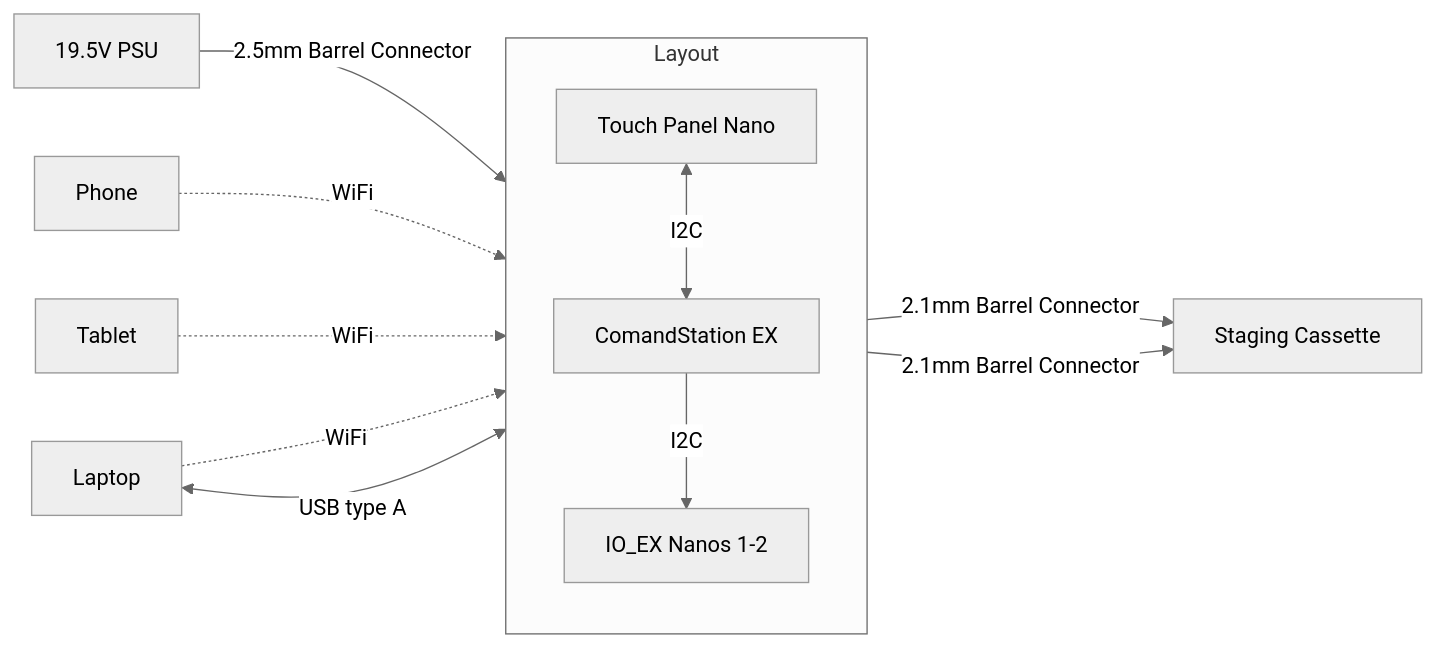
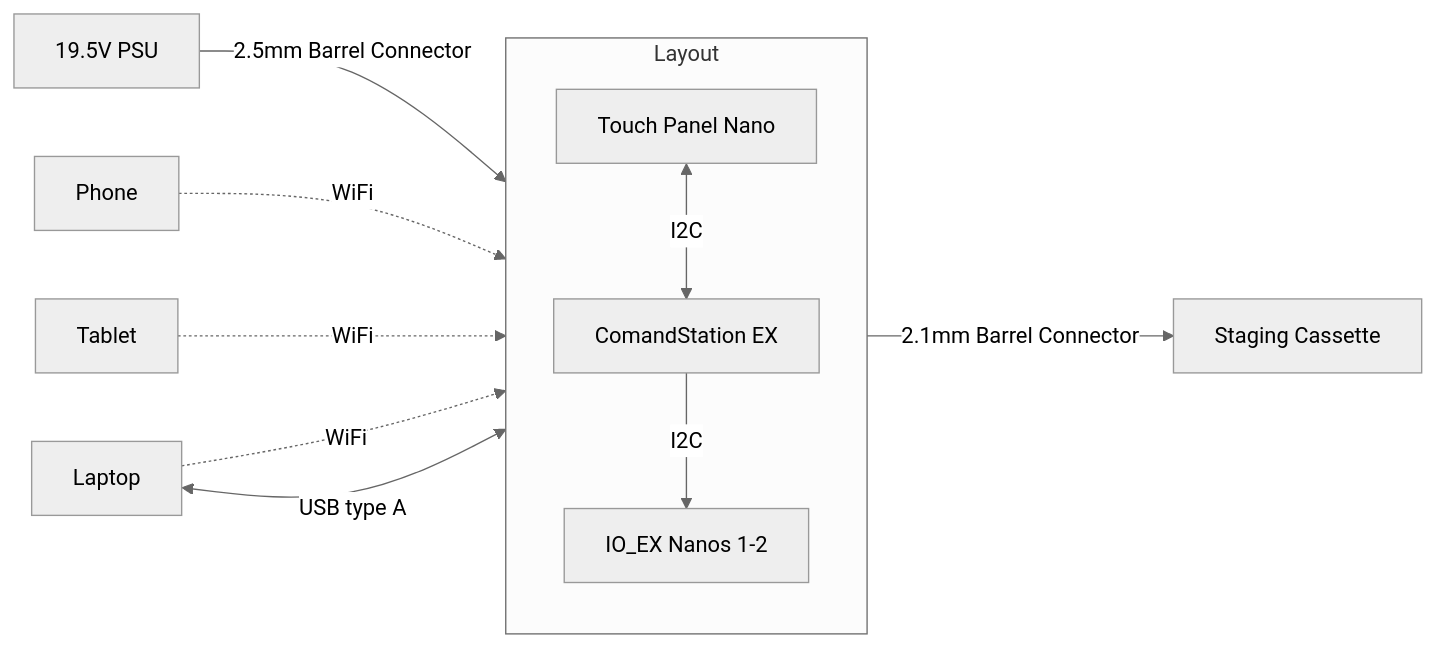
One commit to kmltechio/lumber_district changed the second of 4 diagrams in diagrams.md. Above: the diagram before and after it, drawn with Mermaid (neutral theme).

````diff
--- a/diagrams.md
+++ b/diagrams.md
@@ -33,16 +33,15 @@
 ```mermaid
 flowchart LR
   subgraph Layout
     CmdStn[ComandStation EX]
     Touch[Touch Panel Nano]
     Gpio["IO_EX Nanos 1-2"]
     Touch <-->|I2C| CmdStn
     CmdStn -->|I2C| Gpio
     end
   PSU[19.5V PSU]
   PSU -->|"2.5mm Barrel Connector"| Layout
   Phone & Tablet & Laptop -.->|WiFi| Layout
   Laptop <-->|USB type A| Layout
   Layout -->|2.1mm Barrel Connector| Cassette[Staging Cassette]
-  Layout -->|2.1mm Barrel Connector| Cassette[Staging Cassette]
 ```
````
